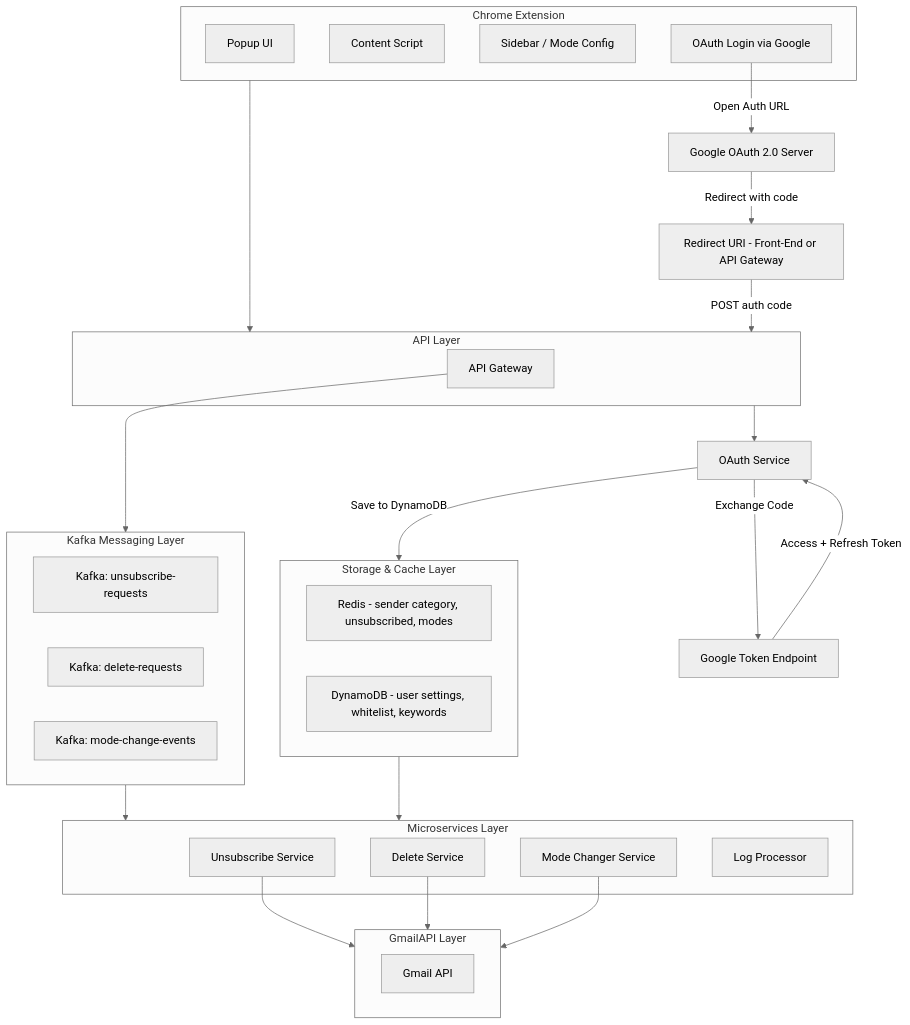
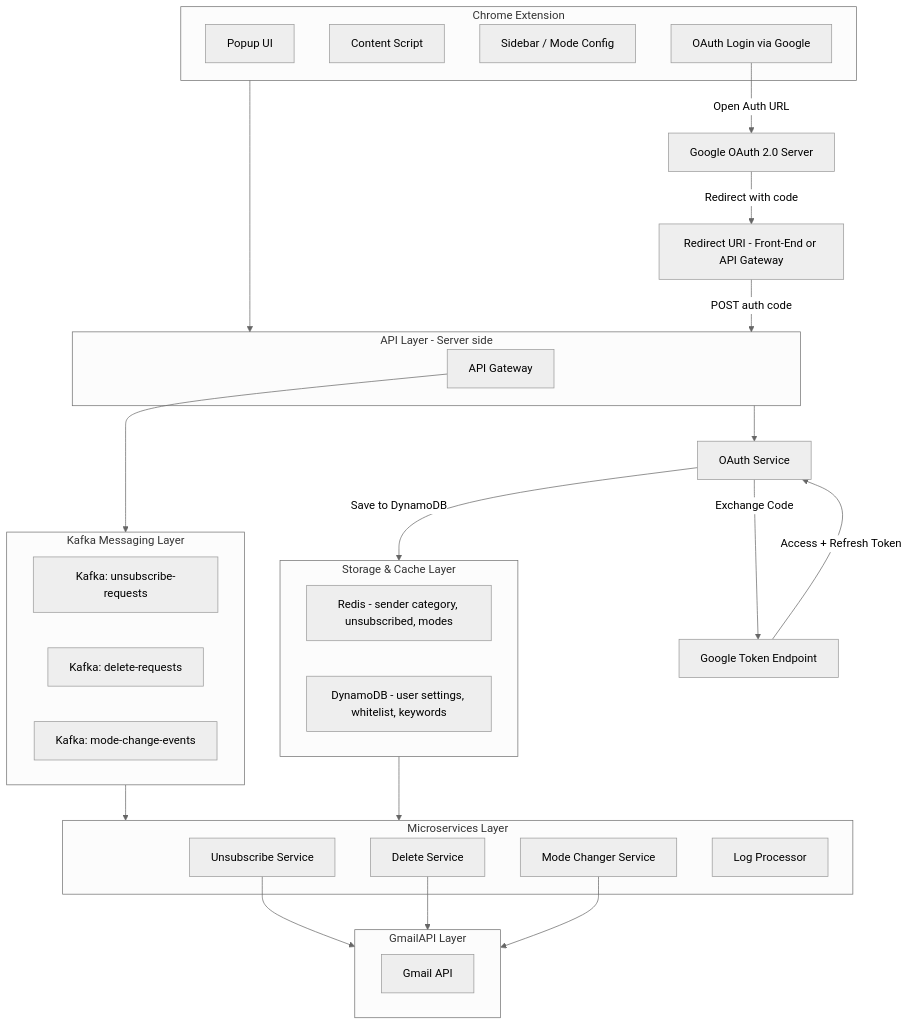
One commit to WeiJuLi/gmail-cleaner-chrome-extension changed the diagram in README.md. Above: the diagram before and after it, drawn with Mermaid (neutral theme).

Commit message:
docs/update-OAuth-workflow

````diff
--- a/README.md
+++ b/README.md
@@ -15,73 +15,73 @@
-```mermaid flowchart TB
+```mermaid
 flowchart TB
 
 %% CLIENT
 subgraph CLIENT [Chrome Extension]
     CE1[Popup UI]
     CE2[Content Script]
     CE3[Sidebar / Mode Config]
     CE4[OAuth Login via Google]
 end
 
 %% Google OAuth 
 
 
 
 %% API GATEWAY
-subgraph API [API Layer]
+subgraph API [API Layer - Server side]
     AGW[API Gateway]
 end
 
 %% KAFKA MESSAGING
 subgraph MSG [Kafka Messaging Layer]
     K1[Kafka: unsubscribe-requests]
     K2[Kafka: delete-requests]
     K3[Kafka: mode-change-events]
 end
 
 %% SERVICE LAYER
 subgraph SVC [Microservices Layer]
     S1[Unsubscribe Service]
     S2[Delete Service]
     S3[Mode Changer Service]
     S4[Log Processor]
 end
 
 %% GmailAPI 
 subgraph GAPIL [GmailAPI Layer]
     GAPI[Gmail API]
 end
 
 %% DATA LAYER
 subgraph DATA [Storage & Cache Layer]
     R1[Redis - sender category, unsubscribed, modes]
     D1[DynamoDB - user settings, whitelist, keywords]
 end
 
 %% CLIENT to API
 CLIENT --> API
 CE4 -->|Open Auth URL| GGL[Google OAuth 2.0 Server]
 
 %% Google OAuth 2.0 
   GGL -->|Redirect with code| CE_CALLBACK[Redirect URI - Front-End or API Gateway]
   CE_CALLBACK -->|POST auth code| API
   API --> OAUTH[OAuth Service]
   OAUTH -->|Exchange Code| GGL_TOKEN[Google Token Endpoint]
   GGL_TOKEN -->|Access + Refresh Token| OAUTH
   OAUTH -->|Save to DynamoDB| DATA 
 
 
 %% %% API to Gmail + Messaging
 AGW --> MSG
 
 %% %% Messaging to Services
 MSG --> SVC
 
 %% %% Services to GmailAPI
 S1 --> GAPIL
 S2 --> GAPIL
 S3 --> GAPIL
 
 %% %% Cache / DB to Services
 DATA --> SVC
 ```
````
